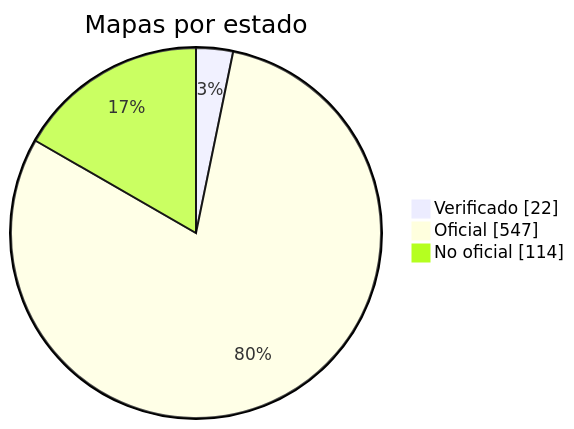
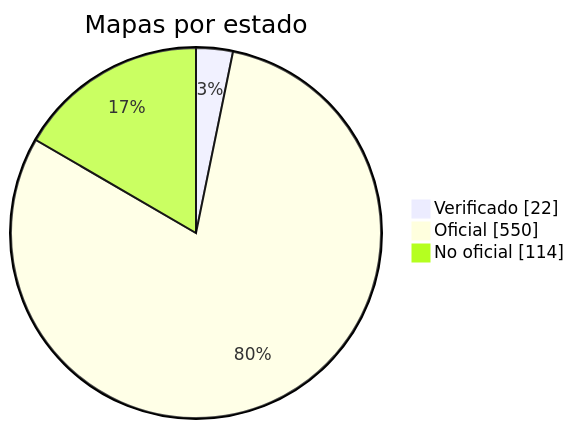
One commit to nobrega8/mbmap-library changed the diagram in docs/readme/README_ES.md. Above: the diagram before and after it, drawn with Mermaid. The commit also changed 8 other files, not shown here.

````diff
--- a/docs/readme/README_ES.md
+++ b/docs/readme/README_ES.md
@@ -54,7 +54,7 @@
 ```mermaid
 pie showData
     title Mapas por estado
     "Verificado" : 22
-    "Oficial" : 547
+    "Oficial" : 550
     "No oficial" : 114
 ```
````
